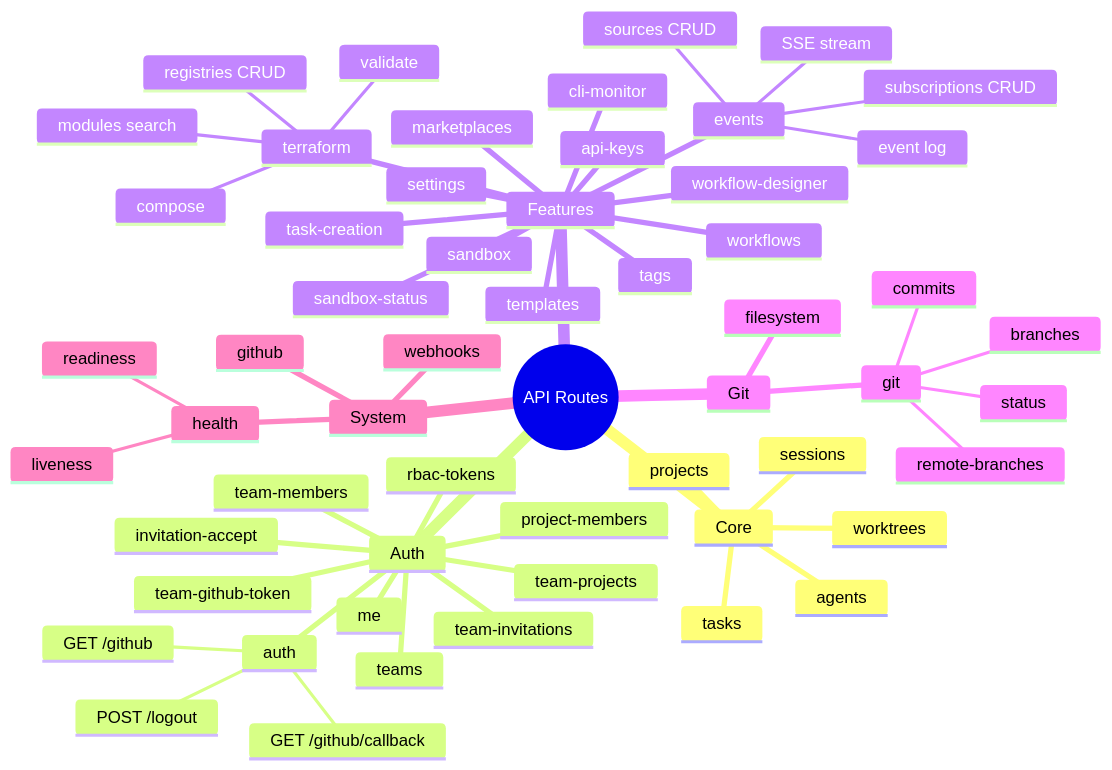
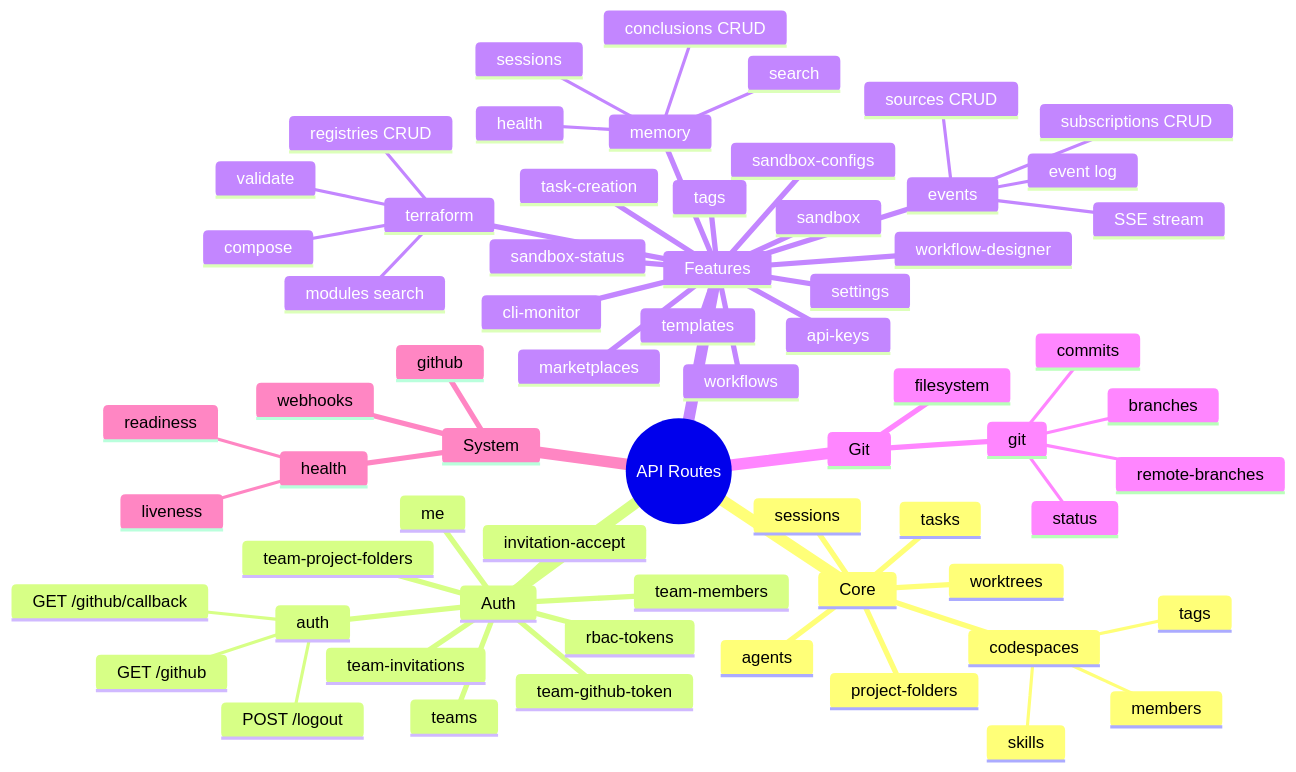
The diagram in specs/diagrams/05-api-route-map.md (agentdevsl/agentpane), drawn with Mermaid before and after one commit. The commit also changed other lines of this file and 17 other files, not shown here.

First line of the commit message:
docs: update all diagrams and READMEs for PRs #108-#112

````diff
--- a/specs/diagrams/05-api-route-map.md
+++ b/specs/diagrams/05-api-route-map.md
@@ -5,59 +5,68 @@
 ```mermaid
 mindmap
   root((API Routes))
     Core
-      projects
+      codespaces
+        skills
+        tags
+        members
+      project-folders
       tasks
       agents
       sessions
       worktrees
     Auth
       auth
         GET /github
         GET /github/callback
         POST /logout
       teams
       team-members
-      team-projects
+      team-project-folders
       team-invitations
       team-github-token
       me
       rbac-tokens
       invitation-accept
-      project-members
     Features
       events
         sources CRUD
         subscriptions CRUD
         event log
         SSE stream
       terraform
         registries CRUD
         modules search
         validate
         compose
+      memory
+        health
+        conclusions CRUD
+        sessions
+        search
       cli-monitor
       sandbox
       sandbox-status
+      sandbox-configs
       settings
       api-keys
       templates
       marketplaces
       workflows
       workflow-designer
       tags
       task-creation
     Git
       git
         status
         branches
         commits
         remote-branches
       filesystem
     System
       health
         liveness
         readiness
       webhooks
       github
 ```
````
